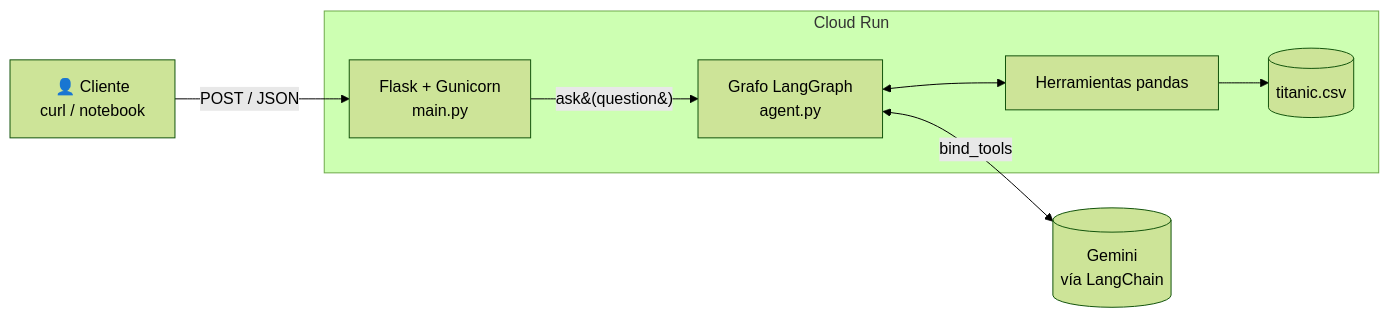
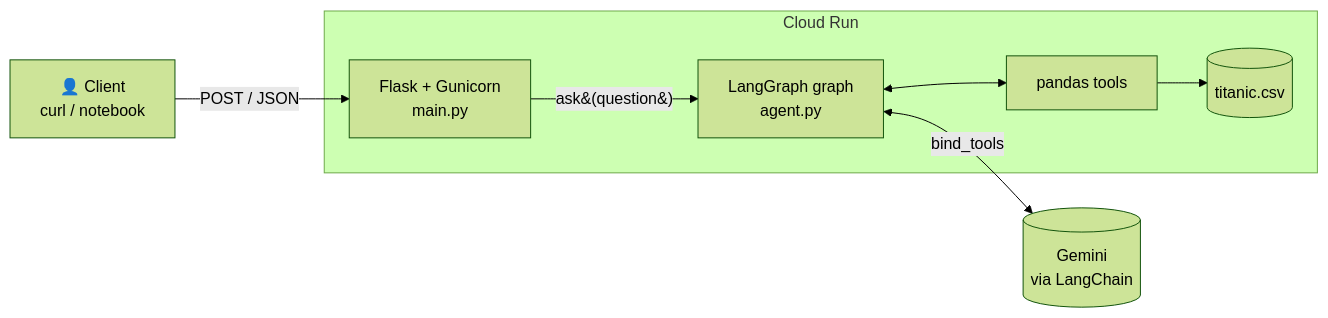
The first of 3 diagrams in README.md (anvaldes/Langraph_Langchain_Agent), drawn with Mermaid (forest theme) before and after one commit. The commit also changed other lines of this file, not shown here.

````diff
--- a/README.md
+++ b/README.md
@@ -73,14 +73,14 @@
 ```mermaid
 flowchart LR
-    U[👤 Cliente<br/>curl / notebook] -->|POST /  JSON| API[Flask + Gunicorn<br/>main.py]
-    API -->|ask&#40;question&#41;| G[Grafo LangGraph<br/>agent.py]
-    G <-->|bind_tools| LLM[(Gemini<br/>vía LangChain)]
-    G <--> T[Herramientas pandas]
+    U[👤 Client<br/>curl / notebook] -->|POST /  JSON| API[Flask + Gunicorn<br/>main.py]
+    API -->|ask&#40;question&#41;| G[LangGraph graph<br/>agent.py]
+    G <-->|bind_tools| LLM[(Gemini<br/>via LangChain)]
+    G <--> T[pandas tools]
     T --> D[(titanic.csv)]
     subgraph Cloud Run
       API
       G
       T
       D
     end
 ```
````
